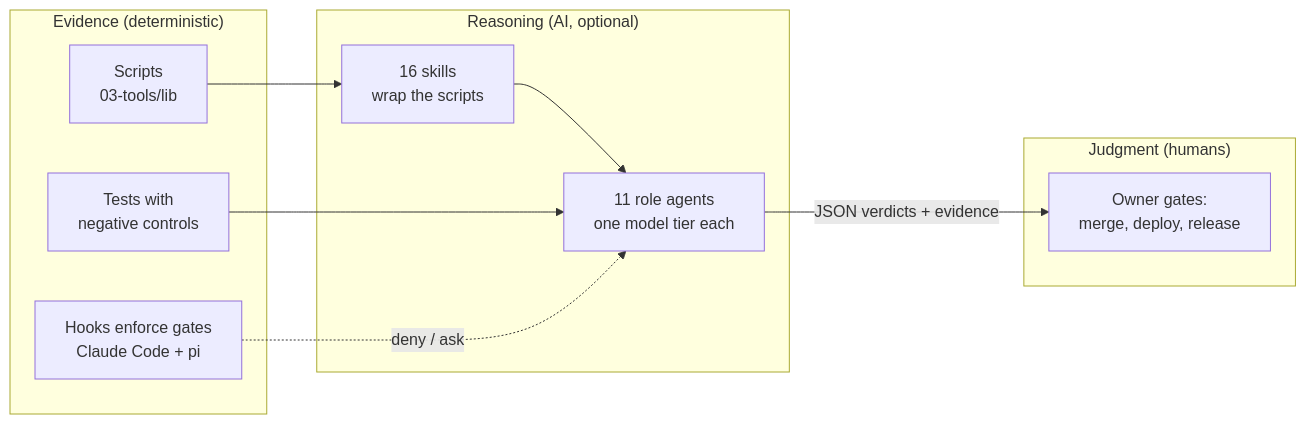
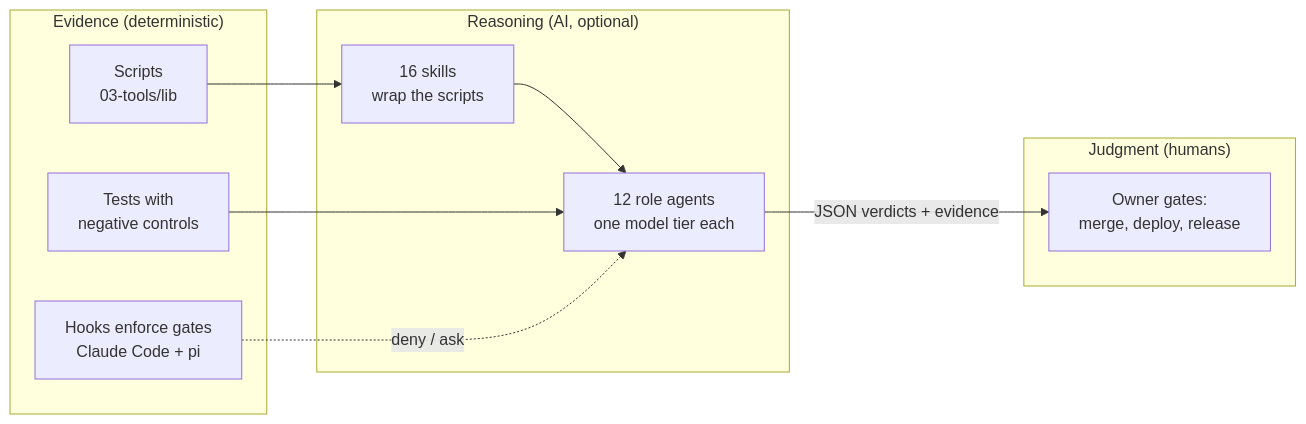
Before and after one commit to jcellomarcano/work-methodology: the first of 3 diagrams in README.md, drawn with Mermaid. The commit also changed other lines of this file and 42 other files, not shown here.

````diff
--- a/README.md
+++ b/README.md
@@ -40,19 +40,19 @@
 ```mermaid
 flowchart LR
     subgraph Evidence["Evidence (deterministic)"]
         S["Scripts<br/>03-tools/lib"]
         T["Tests with<br/>negative controls"]
         H["Hooks enforce gates<br/>Claude Code + pi"]
     end
     subgraph Reasoning["Reasoning (AI, optional)"]
-        A["11 role agents<br/>one model tier each"]
+        A["12 role agents<br/>one model tier each"]
         K["16 skills<br/>wrap the scripts"]
     end
     subgraph Judgment["Judgment (humans)"]
         O["Owner gates:<br/>merge, deploy, release"]
     end
     S --> K --> A
     T --> A
     A -- "JSON verdicts + evidence" --> O
     H -. "deny / ask" .-> A
 ```
````
